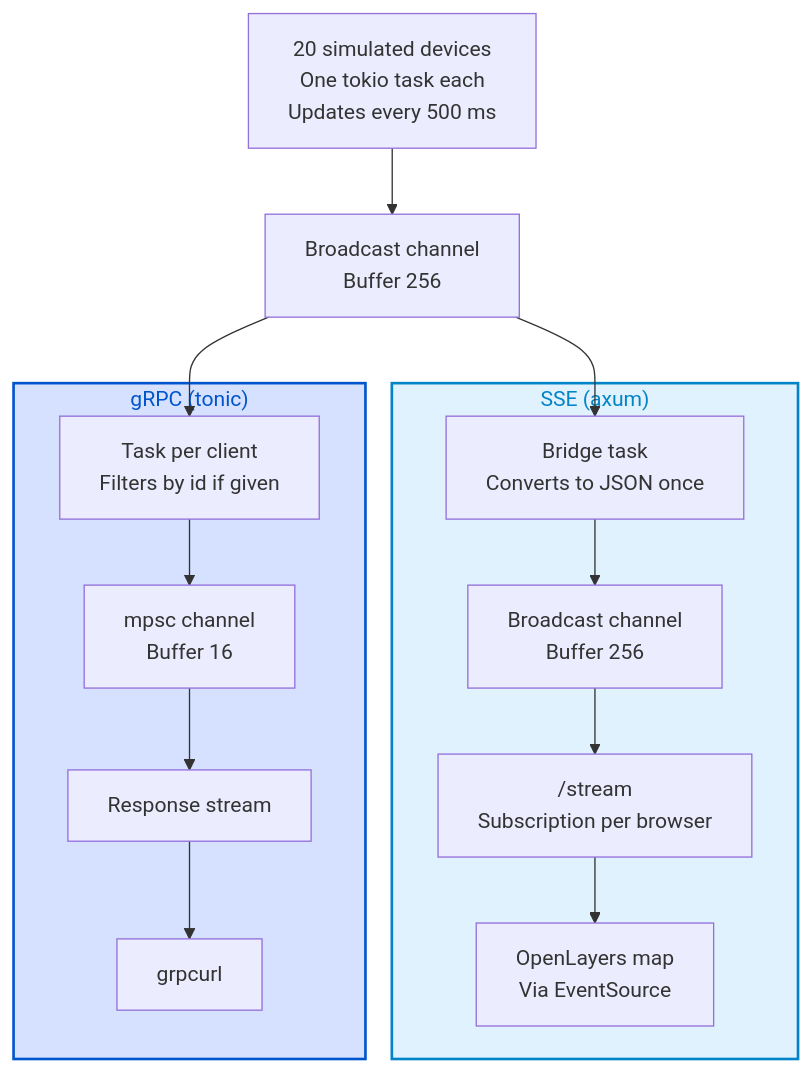
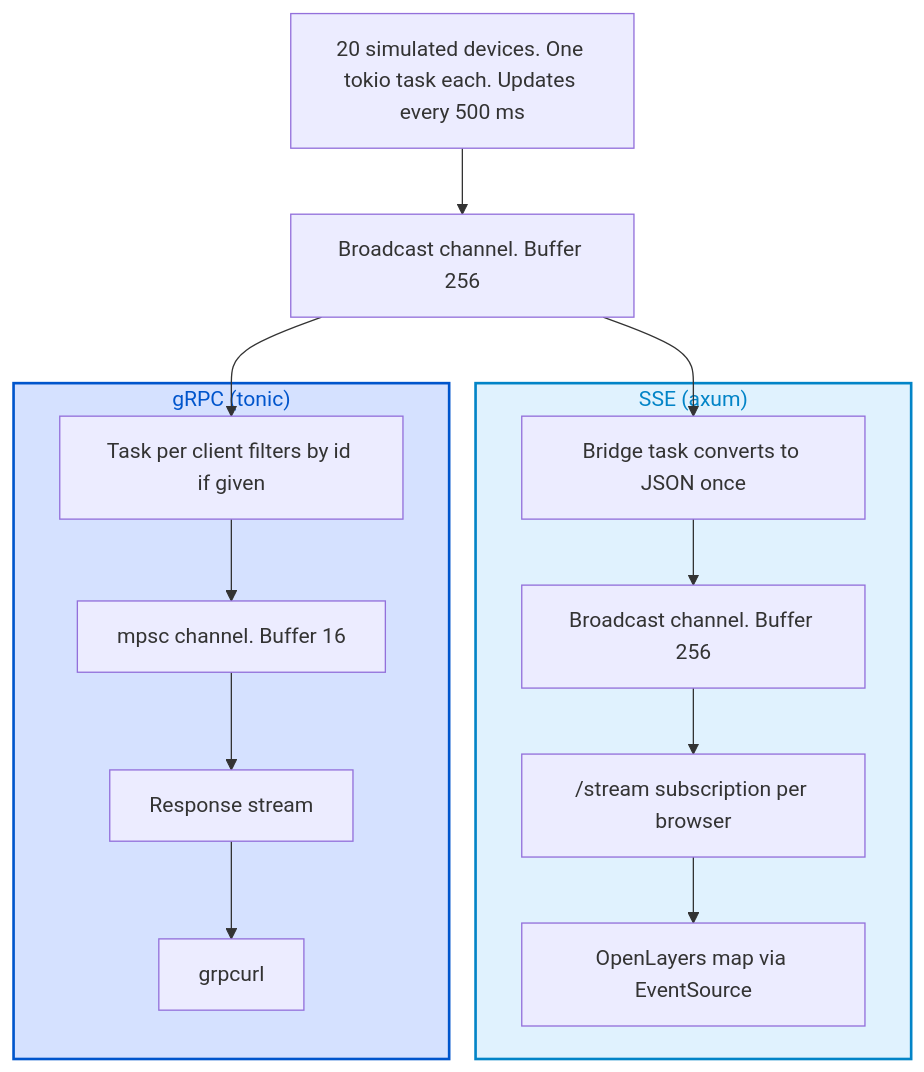
Before and after one commit to jakedrew/telemetry: the diagram in README.md, drawn with Mermaid.

Commit message:
Aligning README.md

````diff
--- a/README.md
+++ b/README.md
@@ -59,25 +59,25 @@
 ```mermaid
 flowchart TB
-    devices["20 simulated devices<br/>One tokio task each<br/>Updates every 500 ms"]
-    devices --> bus["Broadcast channel<br/>Buffer 256"]
+    devices["20 simulated devices. One tokio task each. Updates every 500 ms"]
+    devices --> bus["Broadcast channel. Buffer 256"]
 
     subgraph ssePath["SSE (axum)"]
-        bridge["Bridge task<br/>Converts to JSON once"]
-        bridge --> bus2["Broadcast channel<br/>Buffer 256"]
-        bus2 --> stream["/stream<br/>Subscription per browser"]
-        stream --> map["OpenLayers map<br/>Via EventSource"]
+        bridge["Bridge task converts to JSON once"]
+        bridge --> bus2["Broadcast channel. Buffer 256"]
+        bus2 --> stream["/stream subscription per browser"]
+        stream --> map["OpenLayers map via EventSource"]
     end
 
     subgraph grpcPath["gRPC (tonic)"]
-        grpcTask["Task per client<br/>Filters by id if given"]
-        grpcTask --> mpsc["mpsc channel<br/>Buffer 16"]
+        grpcTask["Task per client filters by id if given"]
+        grpcTask --> mpsc["mpsc channel. Buffer 16"]
         mpsc --> grpcStream["Response stream"]
         grpcStream --> grpcurl["grpcurl"]
     end
 
     bus --> grpcTask
     bus --> bridge
 
     style ssePath fill:#e0f2fe,stroke:#0284c7,stroke-width:2px,color:#0284c7
     style grpcPath fill:#d5e1ff,stroke:#0055cc,stroke-width:2px,color:#0055cc
 ```
````
